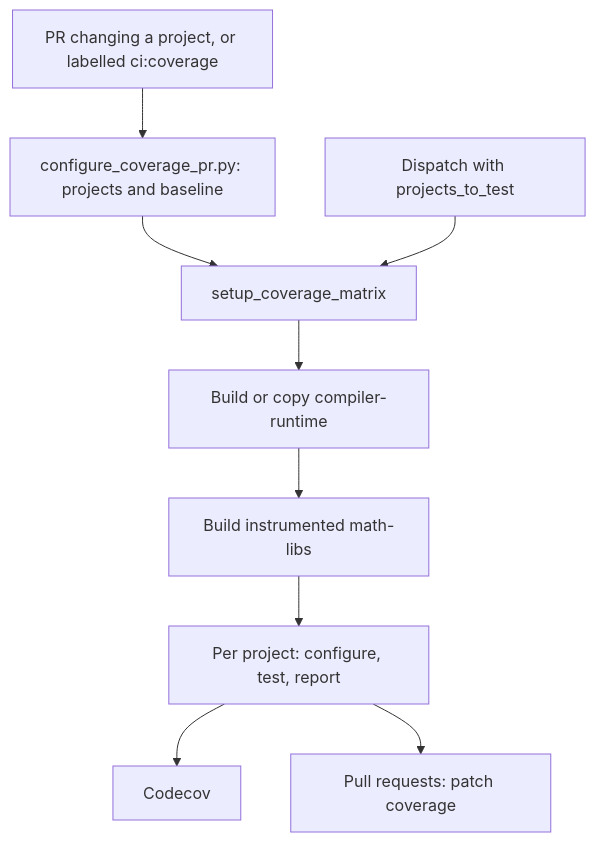
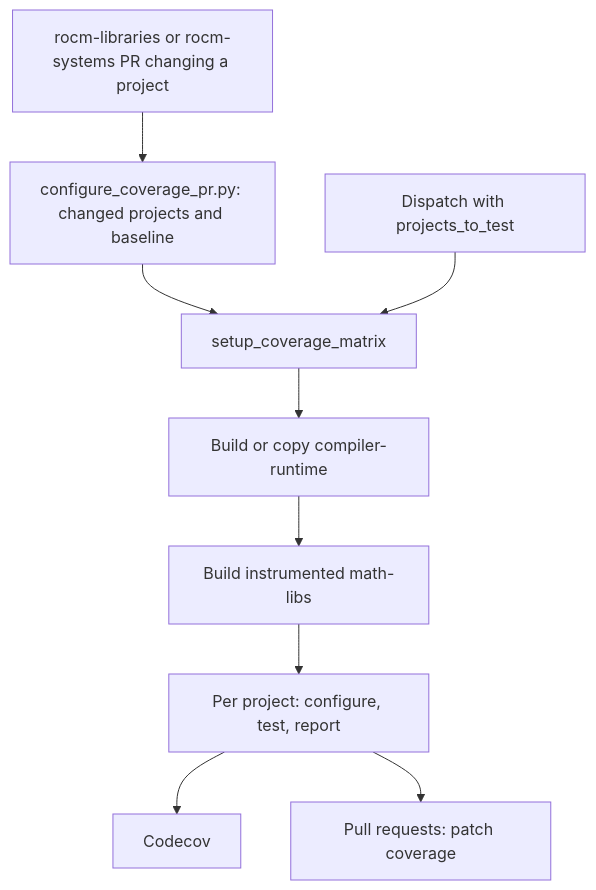
Before and after one commit to ROCm/TheRock: the diagram in docs/development/code_coverage.md, drawn with Mermaid. The commit also changed other lines of this file and 5 other files, not shown here.

First line of the commit message:
fix(coverage): measure only the projects a pull request changes

````diff
--- a/docs/development/code_coverage.md
+++ b/docs/development/code_coverage.md
@@ -151,11 +151,11 @@
 ```mermaid
 graph TD
-    pr[PR changing a project, or labelled ci:coverage] --> plan[configure_coverage_pr.py: projects and baseline]
+    pr[rocm-libraries or rocm-systems PR changing a project] --> plan[configure_coverage_pr.py: changed projects and baseline]
     plan --> matrix
     dispatch[Dispatch with projects_to_test] --> matrix[setup_coverage_matrix]
     matrix --> compilerRuntime[Build or copy compiler-runtime]
     compilerRuntime --> mathLibs[Build instrumented math-libs]
     mathLibs --> report[Per project: configure, test, report]
     report --> codecov[Codecov]
     report --> patch[Pull requests: patch coverage]
 ```
````
